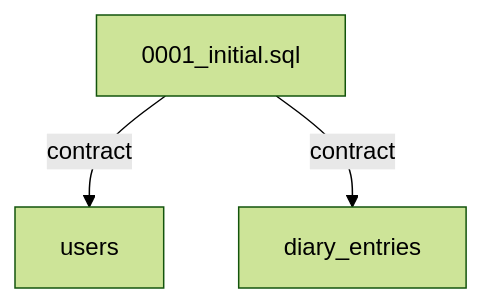
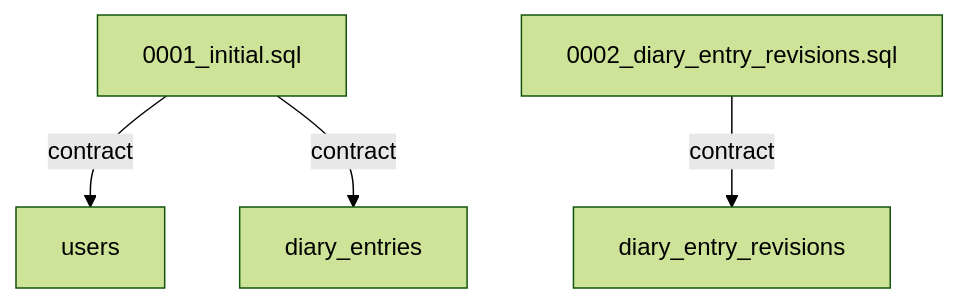
One commit to YotaroMatsui/future_diary changed the diagram in packages/db/src/migrations/README.md. Above: the diagram before and after it, drawn with Mermaid (forest theme). The commit also changed other lines of this file and 8 other files, not shown here.

Commit message:
feat: store diary entry revisions

````diff
--- a/packages/db/src/migrations/README.md
+++ b/packages/db/src/migrations/README.md
@@ -149,5 +154,6 @@
 ```mermaid
 flowchart TD
   SQL["0001_initial.sql"] -->|"contract"| U["users"]
   SQL -->|"contract"| D["diary_entries"]
+  SQL2["0002_diary_entry_revisions.sql"] -->|"contract"| DR["diary_entry_revisions"]
 ```
````
